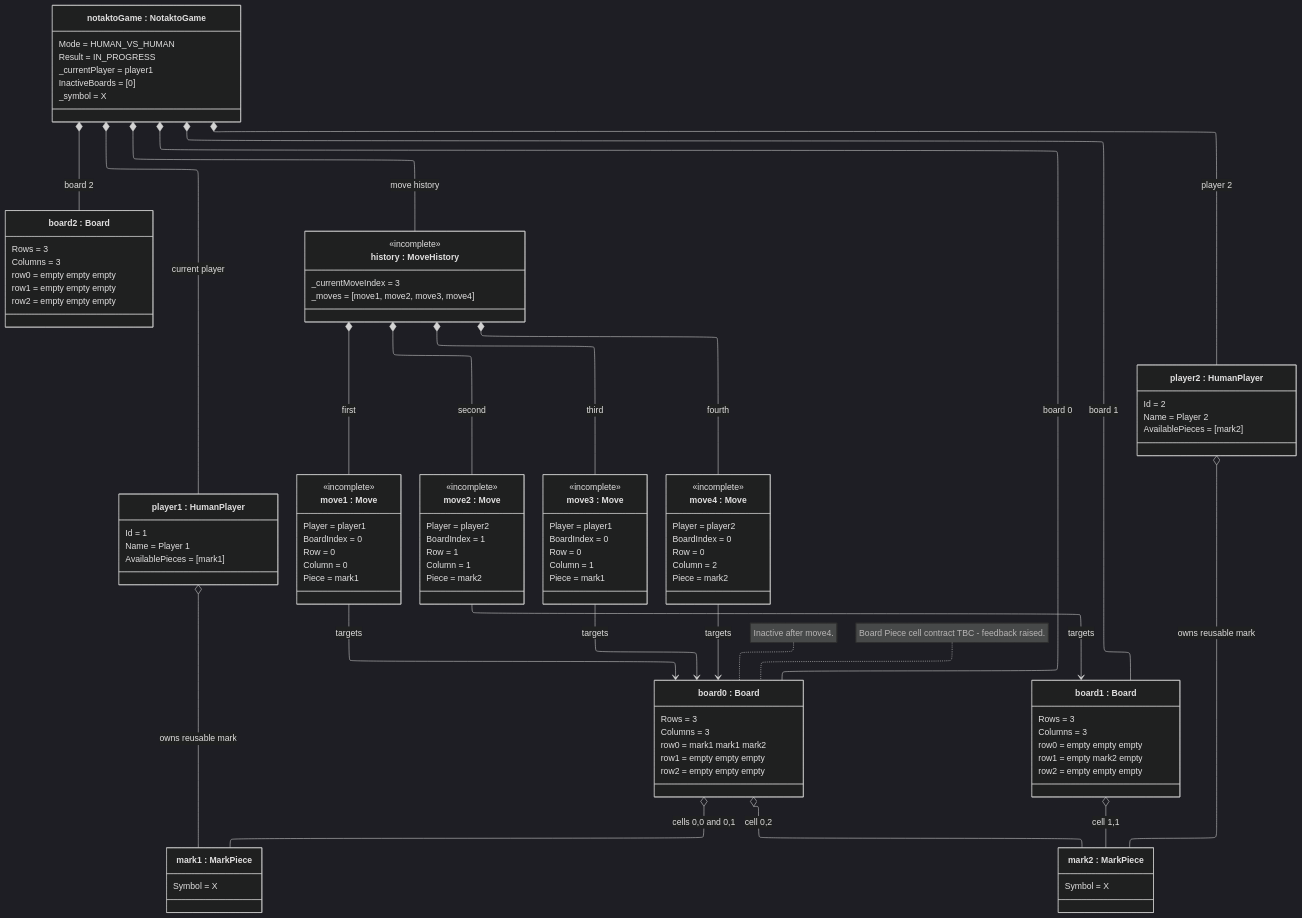
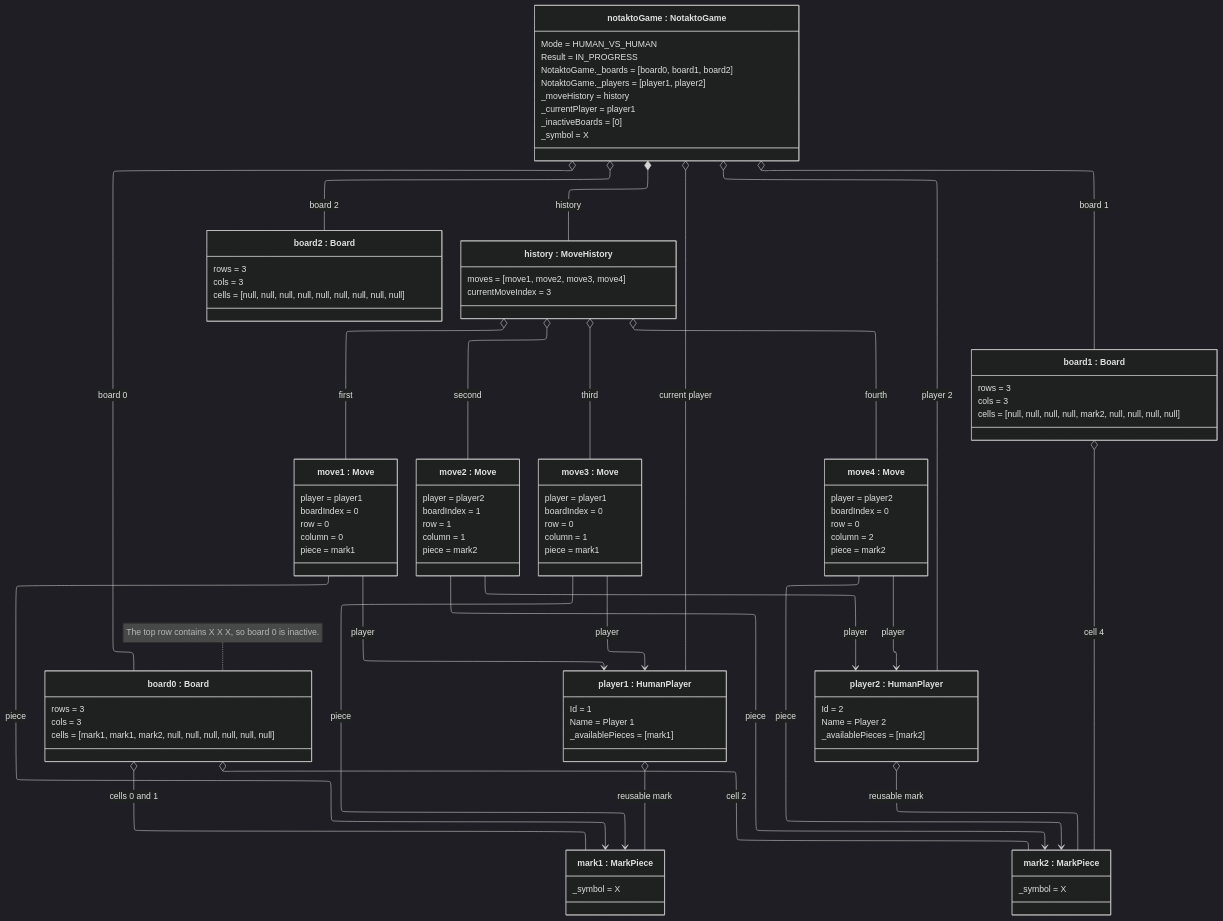
Before and after one commit to a-edalat/IFQ584-Object-Oriented-Design_assignment3: the diagram in diagrams/ObjectDiagram1.mmd, drawn with Mermaid (dark theme).

Commit message:
fix(obj-diagram-1): finalised object diagram based on code implementation

```diff
--- a/diagrams/ObjectDiagram1.mmd
+++ b/diagrams/ObjectDiagram1.mmd
@@ -1,131 +1,121 @@
 %% diag type
 classDiagram
 direction TB
 
 %% formatting for space constriants 
 %%{init: {"layout": "elk", "class": {"hideEmptyMembersBox": true, "nodeSpacing": 25, "rankSpacing": 35, "diagramPadding": 8, "useMaxWidth": true}}}%%
 
 %% classes
 class notaktoGame["notaktoGame : NotaktoGame"] {
     Mode = HUMAN_VS_HUMAN
     Result = IN_PROGRESS
+    NotaktoGame._boards = [board0, board1, board2]
+    NotaktoGame._players = [player1, player2]
+    _moveHistory = history
     _currentPlayer = player1
-    InactiveBoards = [0]
+    _inactiveBoards = [0]
     _symbol = X
 }
 
 class board0["board0 : Board"] {
-    Rows = 3
-    Columns = 3
-    row0 = mark1 mark1 mark2
-    row1 = empty empty empty
-    row2 = empty empty empty
+    rows = 3
+    cols = 3
+    cells = [mark1, mark1, mark2, null, null, null, null, null, null]
 }
-note for board0 "Inactive after move4."
-%% TO ACTION
-note for board0 "Board Piece cell contract TBC - feedback raised."
+note for board0 "The top row contains X X X, so board 0 is inactive."
 
 class board1["board1 : Board"] {
-    Rows = 3
-    Columns = 3
-    row0 = empty empty empty
-    row1 = empty mark2 empty
-    row2 = empty empty empty
+    rows = 3
+    cols = 3
+    cells = [null, null, null, null, mark2, null, null, null, null]
 }
 
 class board2["board2 : Board"] {
-    Rows = 3
-    Columns = 3
-    row0 = empty empty empty
-    row1 = empty empty empty
-    row2 = empty empty empty
+    rows = 3
+    cols = 3
+    cells = [null, null, null, null, null, null, null, null, null]
 }
 
 class player1["player1 : HumanPlayer"] {
     Id = 1
     Name = Player 1
-    AvailablePieces = [mark1]
+    _availablePieces = [mark1]
 }
-
 class player2["player2 : HumanPlayer"] {
     Id = 2
     Name = Player 2
-    AvailablePieces = [mark2]
+    _availablePieces = [mark2]
 }
-
 class mark1["mark1 : MarkPiece"] {
-    Symbol = X
+    _symbol = X
 }
-
 class mark2["mark2 : MarkPiece"] {
-    Symbol = X
+    _symbol = X
 }
 
 class history["history : MoveHistory"] {
-    <<incomplete>>
-    _currentMoveIndex = 3
-    _moves = [move1, move2, move3, move4]
+    moves = [move1, move2, move3, move4]
+    currentMoveIndex = 3
 }
-
 class move1["move1 : Move"] {
-    <<incomplete>>
-    Player = player1
-    BoardIndex = 0
-    Row = 0
-    Column = 0
-    Piece = mark1
+    player = player1
+    boardIndex = 0
+    row = 0
+    column = 0
+    piece = mark1
 }
-
 class move2["move2 : Move"] {
-    <<incomplete>>
-    Player = player2
-    BoardIndex = 1
-    Row = 1
-    Column = 1
-    Piece = mark2
+    player = player2
+    boardIndex = 1
+    row = 1
+    column = 1
+    piece = mark2
 }
-
 class move3["move3 : Move"] {
-    <<incomplete>>
-    Player = player1
-    BoardIndex = 0
-    Row = 0
-    Column = 1
-    Piece = mark1
+    player = player1
+    boardIndex = 0
+    row = 0
+    column = 1
+    piece = mark1
 }
-
 class move4["move4 : Move"] {
-    <<incomplete>>
-    Player = player2
-    BoardIndex = 0
-    Row = 0
-    Column = 2
-    Piece = mark2
+    player = player2
+    boardIndex = 0
+    row = 0
+    column = 2
+    piece = mark2
 }
 
 %% connections
-%% composition
-notaktoGame *-- board0 : board 0
-notaktoGame *-- board1 : board 1
-notaktoGame *-- board2 : board 2
-notaktoGame *-- player1 : current player
-notaktoGame *-- player2 : player 2
-notaktoGame *-- history : move history
-
-history *-- move1 : first
-history *-- move2 : second
-history *-- move3 : third
-history *-- move4 : fourth
 
 %% aggregation
-player1 o-- mark1 : owns reusable mark
-player2 o-- mark2 : owns reusable mark
-board0 o-- mark1 : cells 0,0 and 0,1
-board0 o-- mark2 : cell 0,2
-board1 o-- mark2 : cell 1,1
+notaktoGame o-- board0 : board 0
+notaktoGame o-- board1 : board 1
+notaktoGame o-- board2 : board 2
+notaktoGame o-- player1 : current player
+notaktoGame o-- player2 : player 2
+notaktoGame *-- history : history
+
+
+player1 o-- mark1 : reusable mark
+player2 o-- mark2 : reusable mark
+
+board0 o-- mark1 : cells 0 and 1
+
+board0 o-- mark2 : cell 2
+board1 o-- mark2 : cell 4
+
+history o-- move1 : first
+history o-- move2 : second
+history o-- move3 : third
+history o-- move4 : fourth
 
 %% association
-move1 --> board0 : targets
-move2 --> board1 : targets
-move3 --> board0 : targets
-move4 --> board0 : targets
+move1 --> player1 : player
+move1 --> mark1 : piece
+move2 --> player2 : player
+move2 --> mark2 : piece
+move3 --> player1 : player
+move3 --> mark1 : piece
+move4 --> player2 : player
+move4 --> mark2 : piece
```
